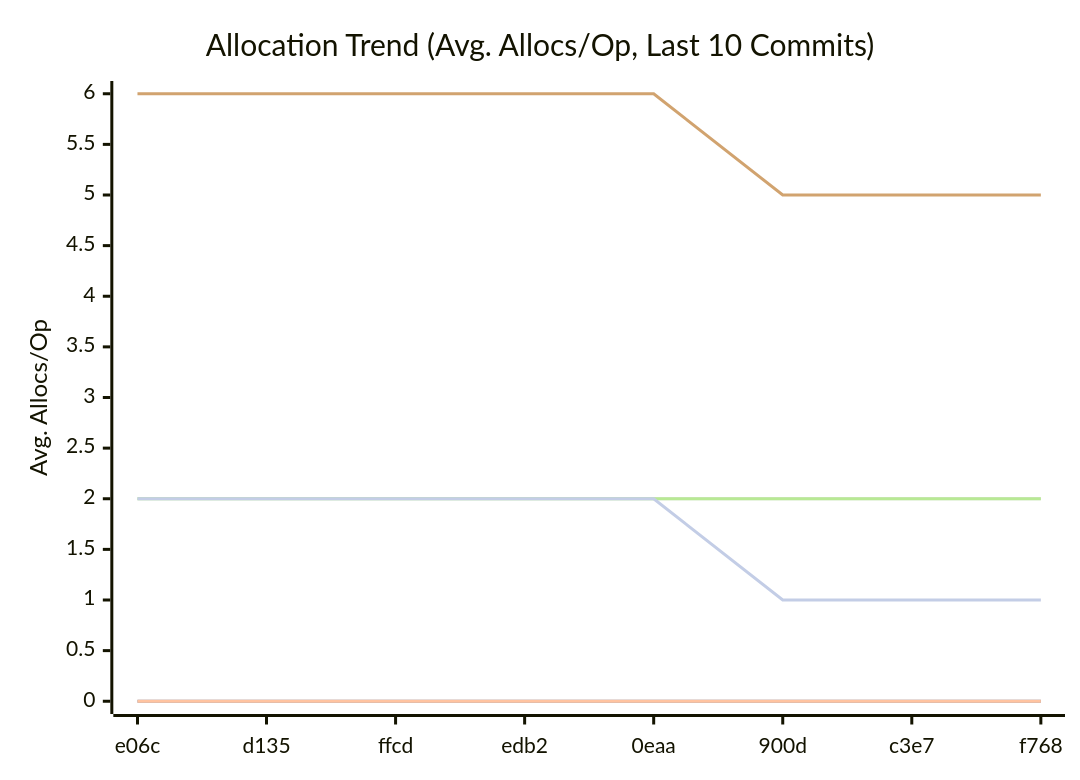
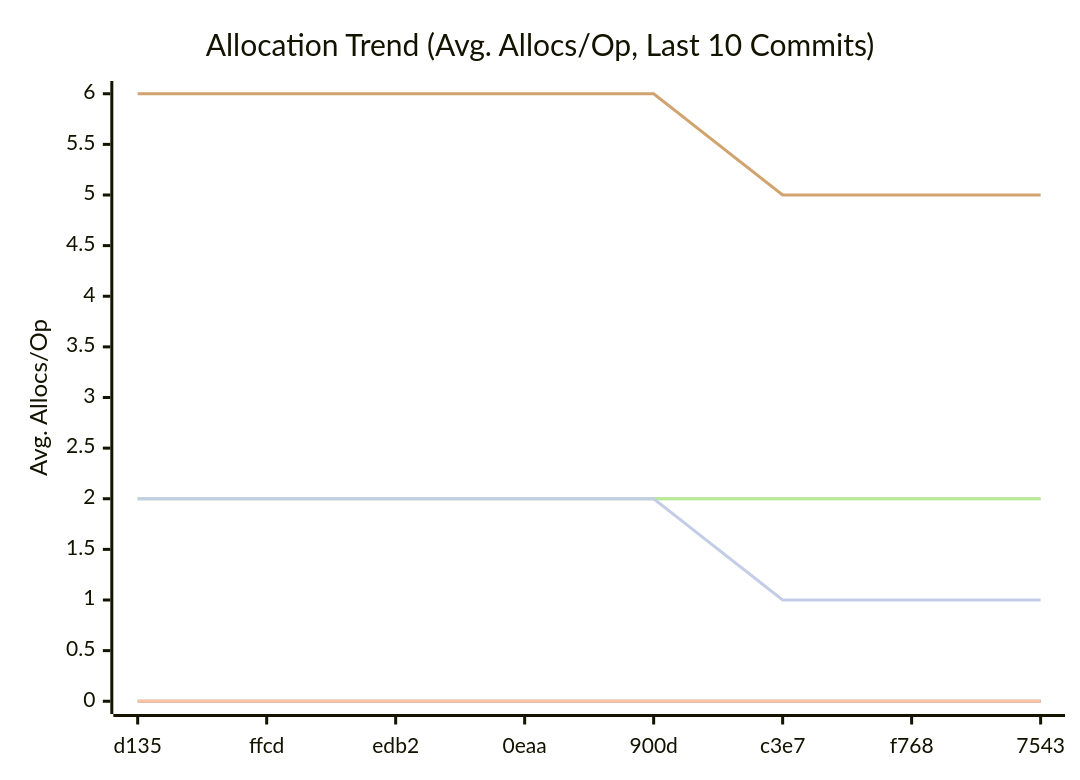
Before and after one commit to alsotoes/momo: the third of 3 diagrams in docs/README.md, drawn with Mermaid. The commit also changed other lines of this file and 1 other file, not shown here.

````diff
--- a/docs/README.md
+++ b/docs/README.md
@@ -333,14 +333,14 @@
 ```mermaid
 xychart-beta
     title "Allocation Trend (Avg. Allocs/Op, Last 10 Commits)"
     x-axis "Commit"
     y-axis "Avg. Allocs/Op"
-    x-axis [e06c,d135,ffcd,edb2,0eaa,900d,c3e7,f768]
+    x-axis [d135,ffcd,edb2,0eaa,900d,c3e7,f768,7543]
     line "CheckMetricsAndSwap" [0,0,0,0,0,0,0,0,0,0]
     line "IndexDirectTracking" [0,0,0,0,0,0,0,0,0,0]
     line "IndexSearch" [0,0,0,0,0,0,0,0,0,0]
     line "LoadGlobalConfig" [2,2,2,2,2,2,2,2,2,2]
     line "PadString" [2,2,2,2,2,2,2,2,2,2]
     line "ParseReplicationOrder_NoPrealloc" [6,6,6,6,6,5,5,5,5,5]
     line "ParseReplicationOrder_Prealloc" [2,2,2,2,2,1,1,1,1,1]
 ```
````
